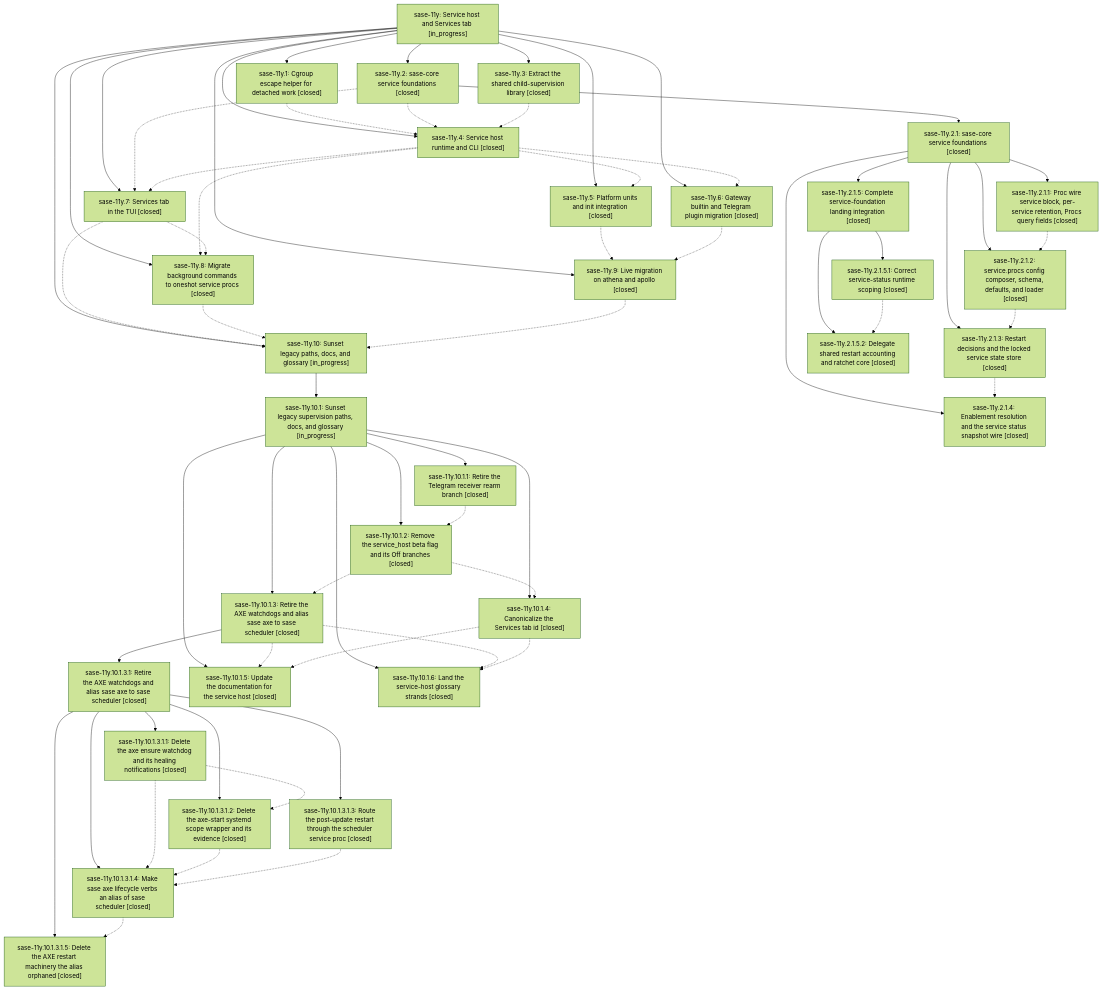
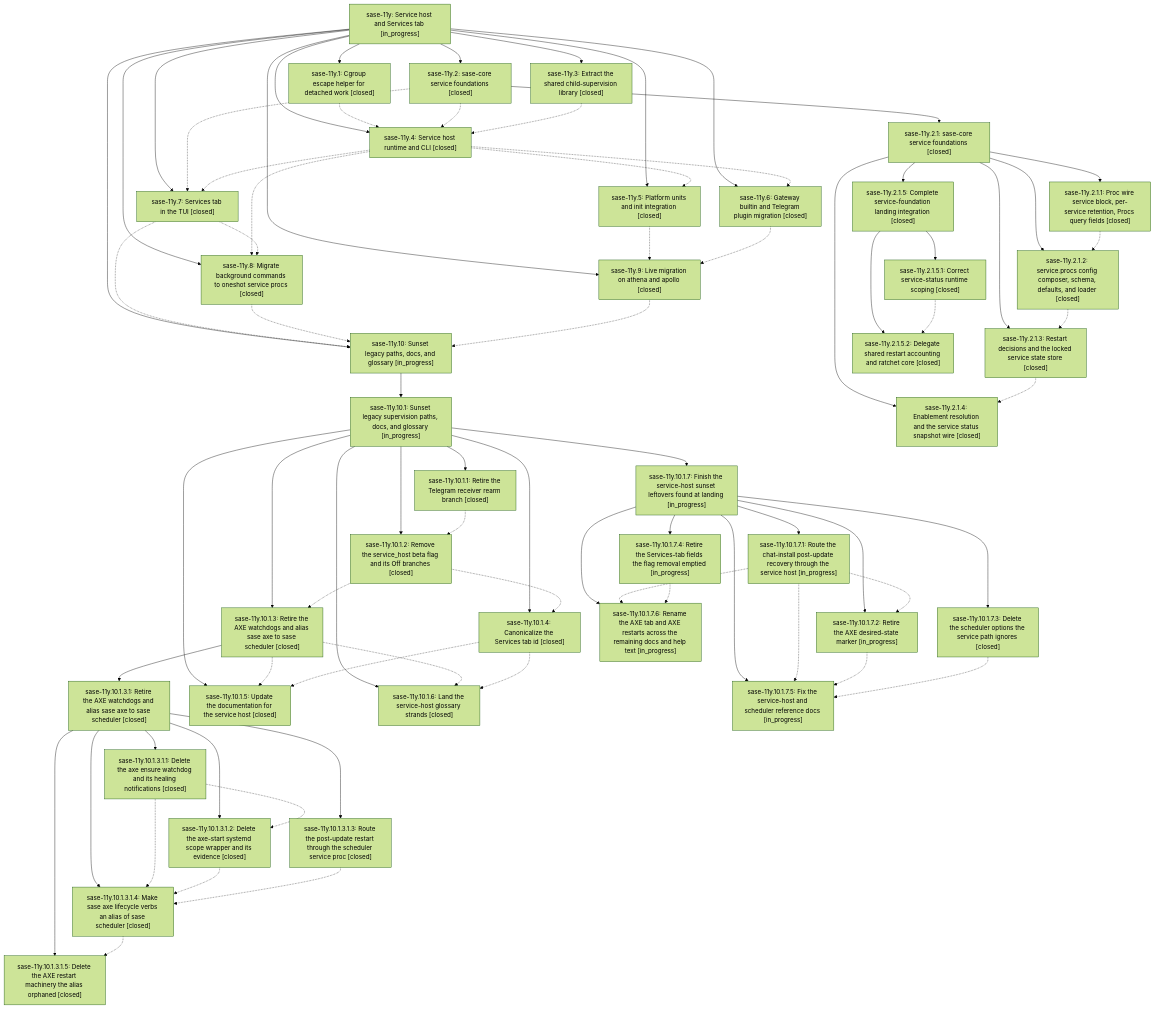
Before and after one commit to sase-org/sase--beads: the diagram in pages/sase-11y/README.md, drawn with Mermaid (forest theme). The commit also changed other lines of this file and 9 other files, not shown here.

````diff
--- a/pages/sase-11y/README.md
+++ b/pages/sase-11y/README.md
@@ -84,22 +84,29 @@
     n13["sase-11y.10.1.4: Canonicalize the Services tab id [closed]"]
     n14["sase-11y.10.1.5: Update the documentation for the service host [closed]"]
     n15["sase-11y.10.1.6: Land the service-host glossary strands [closed]"]
-    n16["sase-11y.2: sase-core service foundations [closed]"]
-    n17["sase-11y.2.1: sase-core service foundations [closed]"]
-    n18["sase-11y.2.1.1: Proc wire service block, per-service retention, Procs query fields [closed]"]
-    n19["sase-11y.2.1.2: service.procs config composer, schema, defaults, and loader [closed]"]
-    n20["sase-11y.2.1.3: Restart decisions and the locked service state store [closed]"]
-    n21["sase-11y.2.1.4: Enablement resolution and the service status snapshot wire [closed]"]
-    n22["sase-11y.2.1.5: Complete service-foundation landing integration [closed]"]
-    n23["sase-11y.2.1.5.1: Correct service-status runtime scoping [closed]"]
-    n24["sase-11y.2.1.5.2: Delegate shared restart accounting and ratchet core [closed]"]
-    n25["sase-11y.3: Extract the shared child-supervision library [closed]"]
-    n26["sase-11y.4: Service host runtime and CLI [closed]"]
-    n27["sase-11y.5: Platform units and init integration [closed]"]
-    n28["sase-11y.6: Gateway builtin and Telegram plugin migration [closed]"]
-    n29["sase-11y.7: Services tab in the TUI [closed]"]
-    n30["sase-11y.8: Migrate background commands to oneshot service procs [closed]"]
-    n31["sase-11y.9: Live migration on athena and apollo [closed]"]
+    n16["sase-11y.10.1.7: Finish the service-host sunset leftovers found at landing [in_progress]"]
+    n17["sase-11y.10.1.7.1: Route the chat-install post-update recovery through the service host [in_progress]"]
+    n18["sase-11y.10.1.7.2: Retire the AXE desired-state marker [in_progress]"]
+    n19["sase-11y.10.1.7.3: Delete the scheduler options the service path ignores [closed]"]
+    n20["sase-11y.10.1.7.4: Retire the Services-tab fields the flag removal emptied [in_progress]"]
+    n21["sase-11y.10.1.7.5: Fix the service-host and scheduler reference docs [in_progress]"]
+    n22["sase-11y.10.1.7.6: Rename the AXE tab and AXE restarts across the remaining docs and help text [in_progress]"]
+    n23["sase-11y.2: sase-core service foundations [closed]"]
+    n24["sase-11y.2.1: sase-core service foundations [closed]"]
+    n25["sase-11y.2.1.1: Proc wire service block, per-service retention, Procs query fields [closed]"]
+    n26["sase-11y.2.1.2: service.procs config composer, schema, defaults, and loader [closed]"]
+    n27["sase-11y.2.1.3: Restart decisions and the locked service state store [closed]"]
+    n28["sase-11y.2.1.4: Enablement resolution and the service status snapshot wire [closed]"]
+    n29["sase-11y.2.1.5: Complete service-foundation landing integration [closed]"]
+    n30["sase-11y.2.1.5.1: Correct service-status runtime scoping [closed]"]
+    n31["sase-11y.2.1.5.2: Delegate shared restart accounting and ratchet core [closed]"]
+    n32["sase-11y.3: Extract the shared child-supervision library [closed]"]
+    n33["sase-11y.4: Service host runtime and CLI [closed]"]
+    n34["sase-11y.5: Platform units and init integration [closed]"]
+    n35["sase-11y.6: Gateway builtin and Telegram plugin migration [closed]"]
+    n36["sase-11y.7: Services tab in the TUI [closed]"]
+    n37["sase-11y.8: Migrate background commands to oneshot service procs [closed]"]
+    n38["sase-11y.9: Live migration on athena and apollo [closed]"]
     n0 --> n1
     n0 --> n2
     n2 --> n3
@@ -115,23 +122,30 @@
     n3 --> n13
     n3 --> n14
     n3 --> n15
-    n0 --> n16
+    n3 --> n16
     n16 --> n17
-    n17 --> n18
-    n17 --> n19
-    n17 --> n20
-    n17 --> n21
-    n17 --> n22
-    n22 --> n23
-    n22 --> n24
-    n0 --> n25
-    n0 --> n26
-    n0 --> n27
-    n0 --> n28
-    n0 --> n29
-    n0 --> n30
-    n0 --> n31
-    n1 -.-> n26
+    n16 --> n18
+    n16 --> n19
+    n16 --> n20
+    n16 --> n21
+    n16 --> n22
+    n0 --> n23
+    n23 --> n24
+    n24 --> n25
+    n24 --> n26
+    n24 --> n27
+    n24 --> n28
+    n24 --> n29
+    n29 --> n30
+    n29 --> n31
+    n0 --> n32
+    n0 --> n33
+    n0 --> n34
+    n0 --> n35
+    n0 --> n36
+    n0 --> n37
+    n0 --> n38
+    n1 -.-> n33
     n4 -.-> n5
     n5 -.-> n6
     n5 -.-> n13
@@ -144,21 +158,27 @@
     n11 -.-> n12
     n13 -.-> n14
     n13 -.-> n15
-    n16 -.-> n26
-    n16 -.-> n29
-    n18 -.-> n19
-    n19 -.-> n20
-    n20 -.-> n21
-    n23 -.-> n24
+    n17 -.-> n18
+    n17 -.-> n21
+    n17 -.-> n22
+    n18 -.-> n21
+    n19 -.-> n21
+    n20 -.-> n22
+    n23 -.-> n33
+    n23 -.-> n36
     n25 -.-> n26
     n26 -.-> n27
-    n26 -.-> n28
-    n26 -.-> n29
-    n26 -.-> n30
-    n27 -.-> n31
-    n28 -.-> n31
-    n29 -.-> n2
-    n29 -.-> n30
-    n30 -.-> n2
-    n31 -.-> n2
+    n27 -.-> n28
+    n30 -.-> n31
+    n32 -.-> n33
+    n33 -.-> n34
+    n33 -.-> n35
+    n33 -.-> n36
+    n33 -.-> n37
+    n34 -.-> n38
+    n35 -.-> n38
+    n36 -.-> n2
+    n36 -.-> n37
+    n37 -.-> n2
+    n38 -.-> n2
 ```
````
